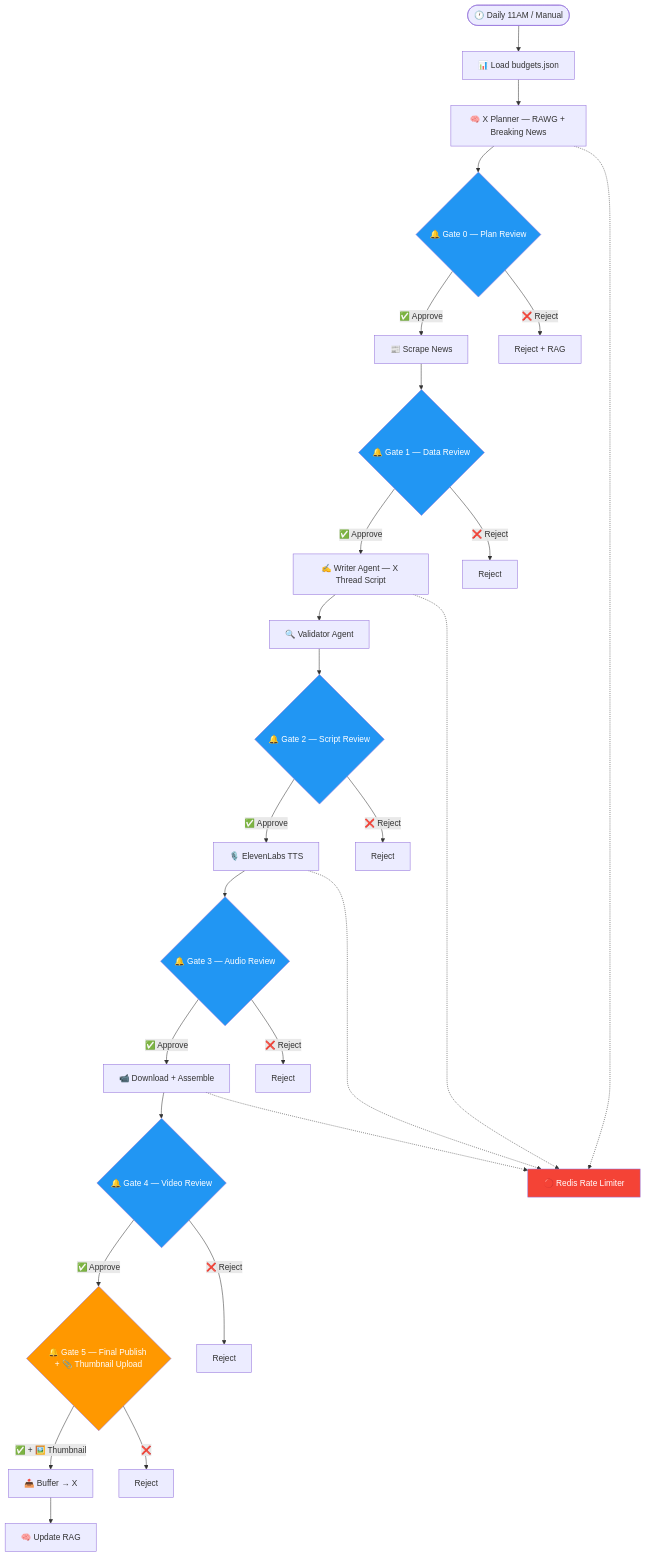
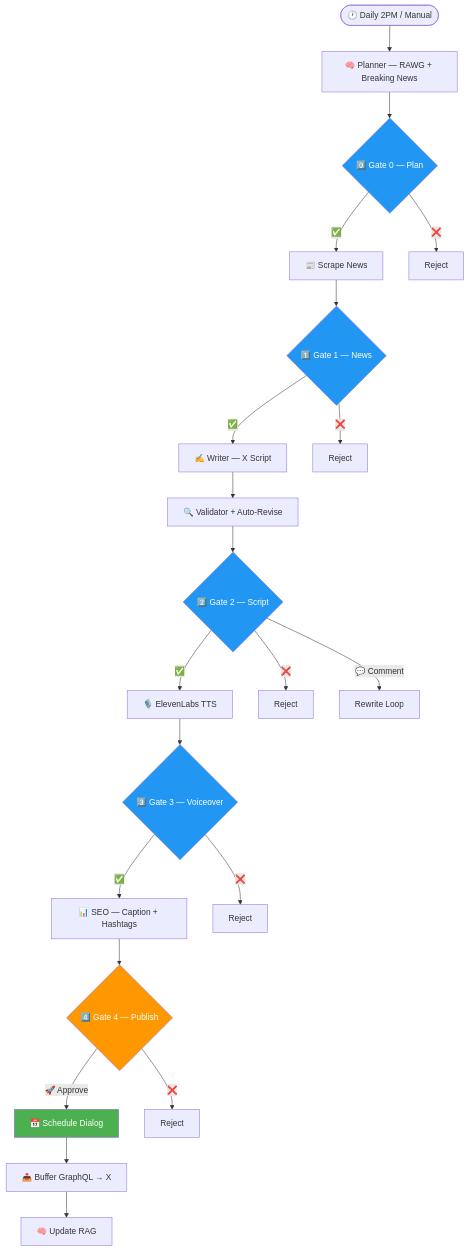
Before and after one commit to Adamo-97/pi_setup: the second of 2 diagrams in pi_x_stack/README.md, drawn with Mermaid. The commit also changed other lines of this file and 3 other files, not shown here.

Commit message:
Refactor README.md for pi_x_stack: streamline architecture overview, update pipeline flow to 5-gate HITL, enhance approval gates, and improve content types. Integrate Buffer GraphQL API details and clarify project structure.

````diff
--- a/pi_x_stack/README.md
+++ b/pi_x_stack/README.md
@@ -74,43 +30,36 @@
 ```mermaid
 flowchart TD
-    START([🕐 Daily 11AM / Manual]) --> BUDGET[📊 Load budgets.json]
-    BUDGET --> PLAN[🧠 X Planner — RAWG + Breaking News]
+    START([🕐 Daily 2PM / Manual]) --> PLAN[🧠 Planner — RAWG + Breaking News]
 
-    PLAN --> GATE0{🔔 Gate 0 — Plan Review}
-    GATE0 -- ✅ Approve --> SCRAPE[📰 Scrape News]
-    GATE0 -- ❌ Reject --> R0[Reject + RAG]
+    PLAN --> GATE0{0️⃣ Gate 0 — Plan}
+    GATE0 -- ✅ --> SCRAPE[📰 Scrape News]
+    GATE0 -- ❌ --> R0[Reject]
 
-    SCRAPE --> GATE1{🔔 Gate 1 — Data Review}
-    GATE1 -- ✅ Approve --> SCRIPT[✍️ Writer Agent — X Thread Script]
-    GATE1 -- ❌ Reject --> R1[Reject]
+    SCRAPE --> GATE1{1️⃣ Gate 1 — News}
+    GATE1 -- ✅ --> SCRIPT[✍️ Writer — X Script]
+    GATE1 -- ❌ --> R1[Reject]
 
-    SCRIPT --> VALIDATE[🔍 Validator Agent]
-    VALIDATE --> GATE2{🔔 Gate 2 — Script Review}
-    GATE2 -- ✅ Approve --> VOICE[🎙️ ElevenLabs TTS]
-    GATE2 -- ❌ Reject --> R2[Reject]
+    SCRIPT --> VALIDATE[🔍 Validator + Auto-Revise]
+    VALIDATE --> GATE2{2️⃣ Gate 2 — Script}
+    GATE2 -- ✅ --> VOICE[🎙️ ElevenLabs TTS]
+    GATE2 -- ❌ --> R2[Reject]
+    GATE2 -- 💬 Comment --> REWRITE[Rewrite Loop]
 
-    VOICE --> GATE3{🔔 Gate 3 — Audio Review}
-    GATE3 -- ✅ Approve --> FOOTAGE[📹 Download + Assemble]
-    GATE3 -- ❌ Reject --> R3[Reject]
+    VOICE --> GATE3{3️⃣ Gate 3 — Voiceover}
+    GATE3 -- ✅ --> SEO[📊 SEO — Caption + Hashtags]
+    GATE3 -- ❌ --> R3[Reject]
 
-    FOOTAGE --> GATE4{🔔 Gate 4 — Video Review}
-    GATE4 -- ✅ Approve --> PUBLISH{🔔 Gate 5 — Final Publish + 📎 Thumbnail Upload}
-    GATE4 -- ❌ Reject --> R4[Reject]
+    SEO --> GATE4{4️⃣ Gate 4 — Publish}
+    GATE4 -- 🚀 Approve --> DIALOG[📅 Schedule Dialog]
+    GATE4 -- ❌ --> R4[Reject]
 
-    PUBLISH -- ✅ + 🖼️ Thumbnail --> BUFFER[📤 Buffer → X]
+    DIALOG --> BUFFER[📤 Buffer GraphQL → X]
     BUFFER --> RAG[🧠 Update RAG]
-    PUBLISH -- ❌ --> R5[Reject]
-
-    SCRIPT -.-> REDIS[🔴 Redis Rate Limiter]
-    VOICE -.-> REDIS
-    FOOTAGE -.-> REDIS
-    PLAN -.-> REDIS
 
     style GATE0 fill:#2196F3,color:#fff
     style GATE1 fill:#2196F3,color:#fff
     style GATE2 fill:#2196F3,color:#fff
     style GATE3 fill:#2196F3,color:#fff
-    style GATE4 fill:#2196F3,color:#fff
-    style PUBLISH fill:#FF9800,color:#fff
-    style REDIS fill:#f44336,color:#fff
+    style GATE4 fill:#FF9800,color:#fff
+    style DIALOG fill:#4CAF50,color:#fff
 ```
````
